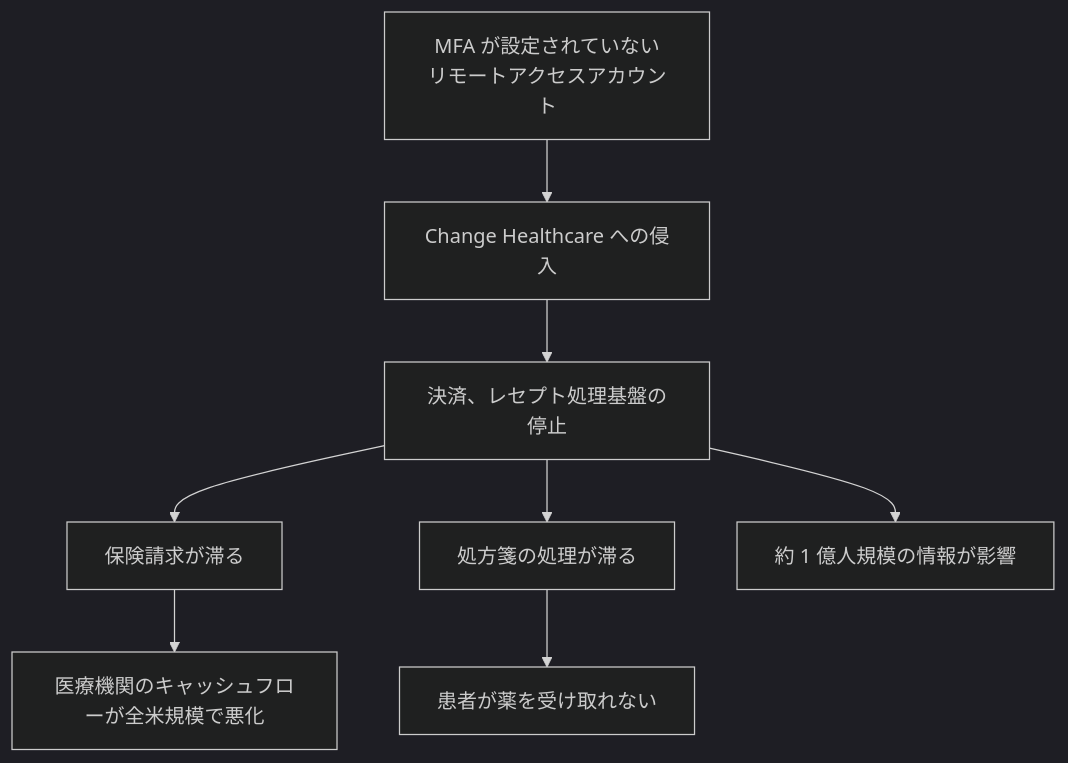
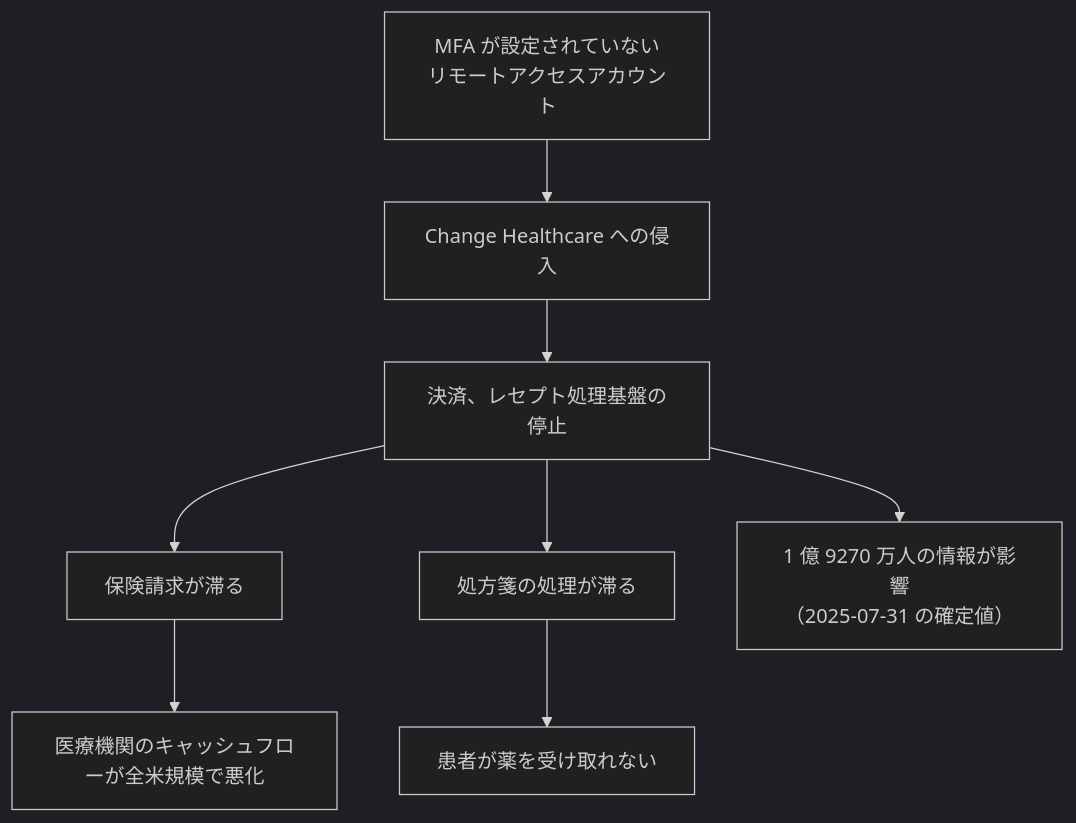
Before and after one commit to scgajge12/awesome-healthcare-security: the diagram in docs/threats/incidents/global/2024-timeline.md, drawn with Mermaid (dark theme). The commit also changed other lines of this file and 11 other files, not shown here.

````diff
--- a/docs/threats/incidents/global/2024-timeline.md
+++ b/docs/threats/incidents/global/2024-timeline.md
@@ -70,10 +75,10 @@
 ```mermaid
 flowchart TD
     A["MFA が設定されていない<br>リモートアクセスアカウント"] --> B["Change Healthcare への侵入"]
     B --> C["決済、レセプト処理基盤の停止"]
     C --> D1["保険請求が滞る"]
     C --> D2["処方箋の処理が滞る"]
-    C --> D3["約 1 億人規模の情報が影響"]
+    C --> D3["1 億 9270 万人の情報が影響<br>（2025-07-31 の確定値）"]
     D1 --> E["医療機関のキャッシュフローが全米規模で悪化"]
     D2 --> F["患者が薬を受け取れない"]
 ```
````
